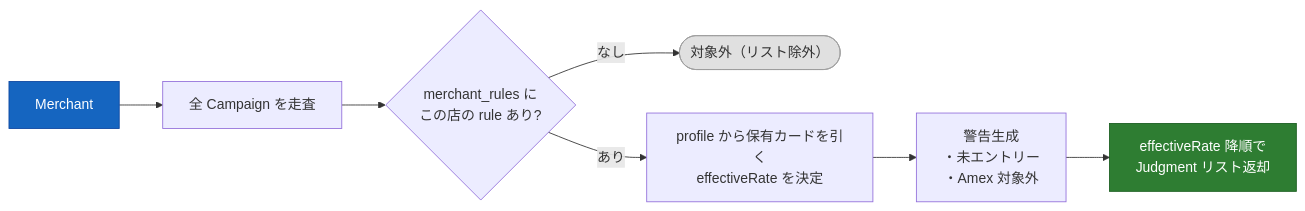
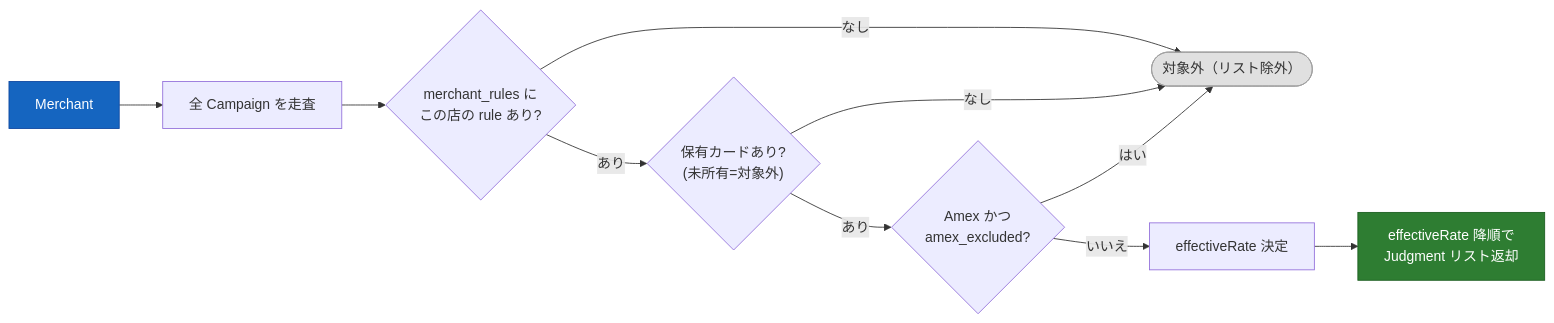
Before and after one commit to ktakjm/poikatsu: the fourth of 6 diagrams in docs/code-guide.md, drawn with Mermaid. The commit also changed other lines of this file and 14 other files, not shown here.

````diff
--- a/docs/code-guide.md
+++ b/docs/code-guide.md
@@ -239,13 +243,16 @@
 ```mermaid
 flowchart LR
     IN["Merchant"] --> LOOP["全 Campaign を走査"]
     LOOP --> RULE{"merchant_rules に<br/>この店の rule あり?"}
     RULE -- "なし" --> DROP(["対象外（リスト除外）"])
-    RULE -- "あり" --> CARD["profile から保有カードを引く<br/>effectiveRate を決定"]
-    CARD --> WARN["警告生成<br/>・未エントリー<br/>・Amex 対象外"]
-    WARN --> SORT["effectiveRate 降順で<br/>Judgment リスト返却"]
+    RULE -- "あり" --> CARD{"保有カードあり?<br/>(未所有=対象外)"}
+    CARD -- "なし" --> DROP
+    CARD -- "あり" --> AMEX{"Amex かつ<br/>amex_excluded?"}
+    AMEX -- "はい" --> DROP
+    AMEX -- "いいえ" --> RATE["effectiveRate 決定"]
+    RATE --> SORT["effectiveRate 降順で<br/>Judgment リスト返却"]
 
     style IN fill:#1565C0,stroke:#0D47A1,color:#fff
     style SORT fill:#2E7D32,stroke:#1B5E20,color:#fff
     style DROP fill:#E0E0E0,stroke:#9E9E9E,color:#333
 ```
````
